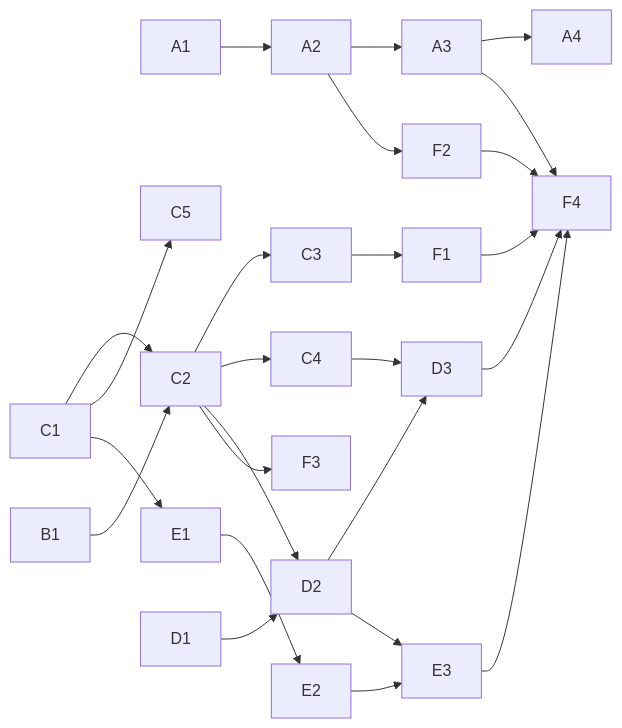
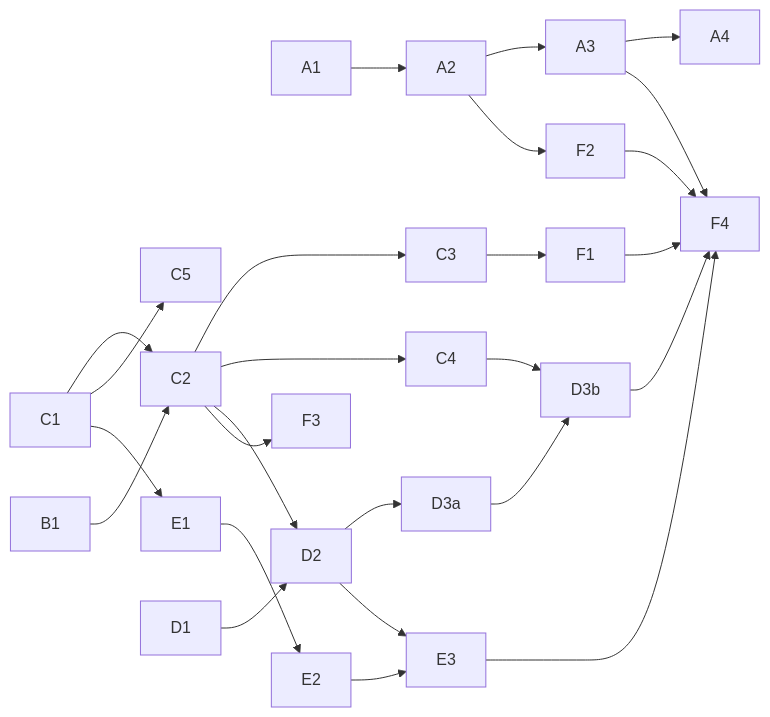
One commit to vinh466/tohe-play changed the diagram in plans/public-launch/delivery.md. Above: the diagram before and after it, drawn with Mermaid. The commit also changed other lines of this file and 2 other files, not shown here.

````diff
--- a/plans/public-launch/delivery.md
+++ b/plans/public-launch/delivery.md
@@ -32,19 +33,19 @@
 ```mermaid
 flowchart LR
   A1 --> A2 --> A3 --> A4
   A2 --> F2
   B1 --> C2
   C1 --> C2 --> C3 --> F1
-  C2 --> C4 --> D3
+  C2 --> C4 --> D3b
   C1 --> C5
   C1 --> E1 --> E2 --> E3
-  D1 --> D2 --> D3
+  D1 --> D2 --> D3a --> D3b
   C2 --> D2
   D2 --> E3
   C2 --> F3
   A3 --> F4
-  D3 --> F4
+  D3b --> F4
   E3 --> F4
   F1 --> F4
   F2 --> F4
 ```
````
